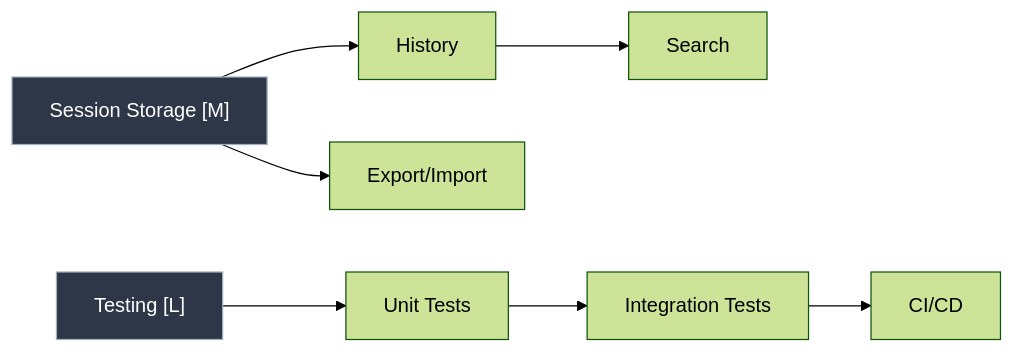
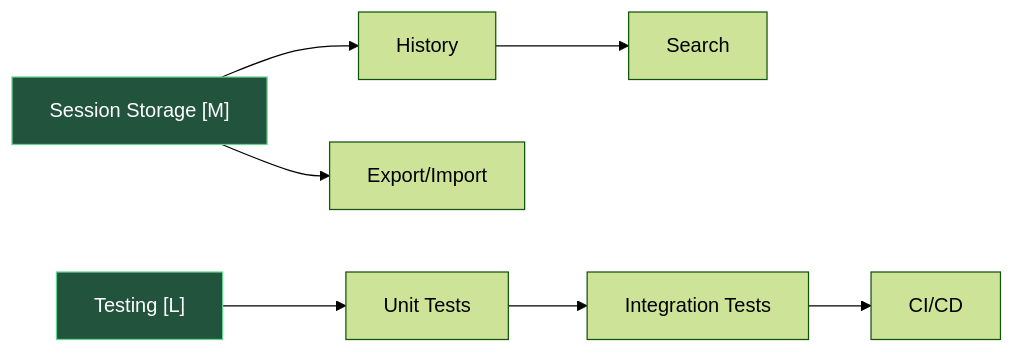
Before and after one commit to Miguel-EpicJS/ash-cli: the third of 8 diagrams in ROADMAP.md, drawn with Mermaid (forest theme). The commit also changed other lines of this file and 2 other files, not shown here.

````diff
--- a/ROADMAP.md
+++ b/ROADMAP.md
@@ -126,13 +126,13 @@
 ```mermaid
 flowchart LR
     A0["Session Storage [M]"] --> A1[History]
     A1 --> A2[Search]
     A0 --> A3[Export/Import]
     
     B0["Testing [L]"] --> B1[Unit Tests]
     B1 --> B2[Integration Tests]
     B2 --> B3[CI/CD]
     
-    style A0 fill:#2d3748,stroke:#a0aec0,color:#fff
-    style B0 fill:#2d3748,stroke:#a0aec0,color:#fff
+    style A0 fill:#22543d,stroke:#68d391,color:#fff
+    style B0 fill:#22543d,stroke:#68d391,color:#fff
 ```
````
